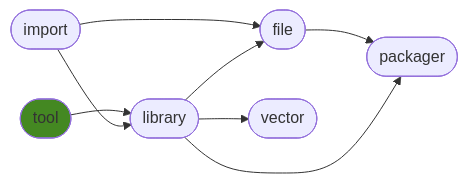
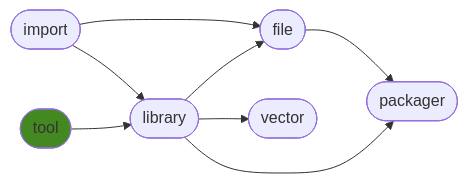
The diagram in README.md (ManderaGeneral/generaltool), drawn with Mermaid before and after one commit. The commit also changed other lines of this file, not shown here.

````diff
--- a/README.md
+++ b/README.md
@@ -23,17 +23,17 @@
 ```mermaid
 flowchart LR
+0([import]) --> 2([library])
+0([import]) --> 3([file])
 1([tool]) --> 2([library])
+2([library]) --> 3([file])
+3([file]) --> 5([packager])
 2([library]) --> 4([vector])
-3([file]) --> 5([packager])
-0([import]) --> 3([file])
-0([import]) --> 2([library])
 2([library]) --> 5([packager])
-2([library]) --> 3([file])
 click 0 "https://github.com/ManderaGeneral/generalimport"
 click 1 "https://github.com/ManderaGeneral/generaltool"
 click 2 "https://github.com/ManderaGeneral/generallibrary"
 click 3 "https://github.com/ManderaGeneral/generalfile"
 click 4 "https://github.com/ManderaGeneral/generalvector"
 click 5 "https://github.com/ManderaGeneral/generalpackager"
 style 1 fill:#482
 ```
````
